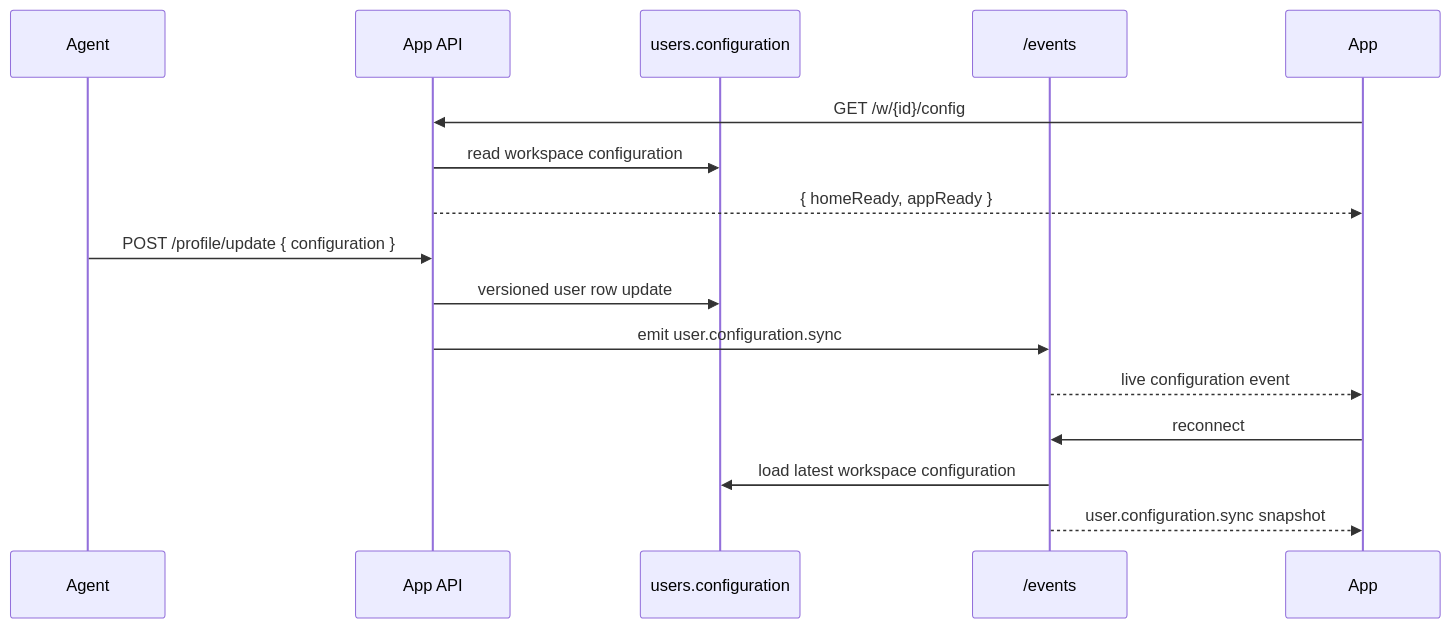
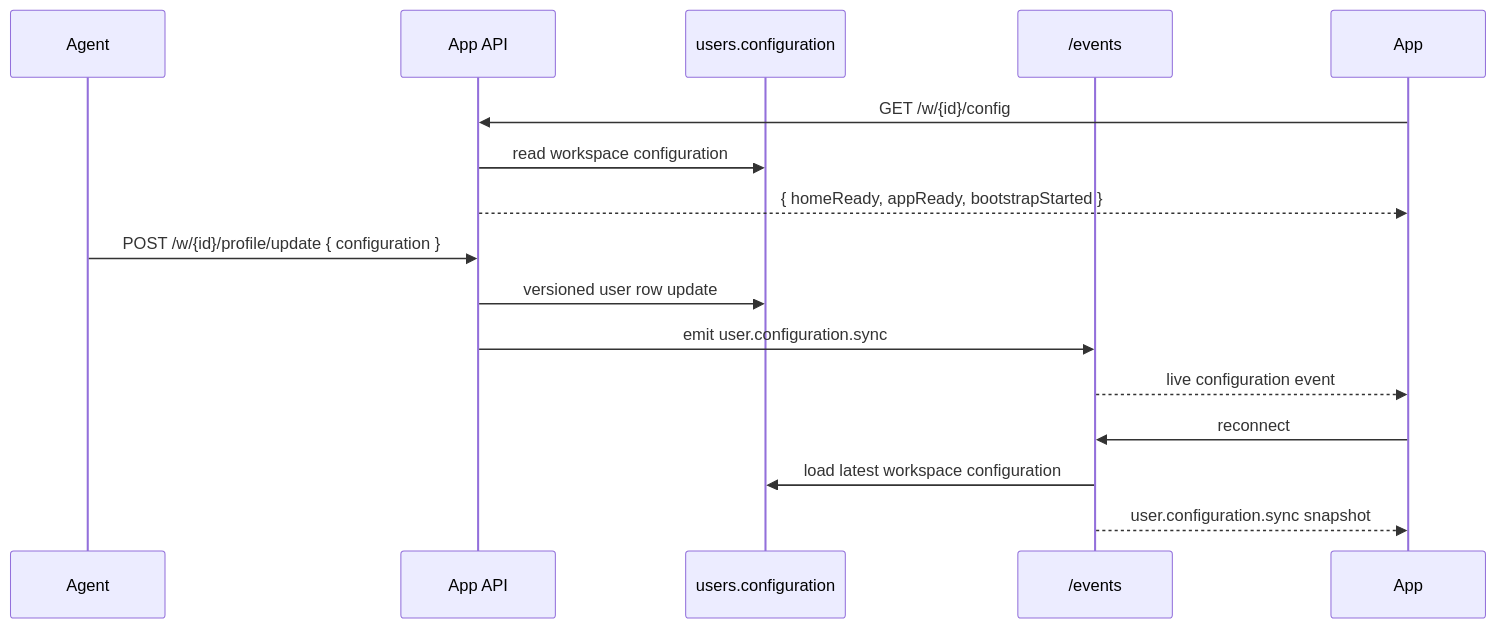
One commit to ex3ndr/daycare changed the diagram in packages/daycare/doc/USER_CONFIGURATION_FLAGS.md. Above: the diagram before and after it, drawn with Mermaid. The commit also changed other lines of this file and 5 other files, not shown here.

````diff
--- a/packages/daycare/doc/USER_CONFIGURATION_FLAGS.md
+++ b/packages/daycare/doc/USER_CONFIGURATION_FLAGS.md
@@ -32,20 +34,20 @@
 ```mermaid
 sequenceDiagram
     participant Agent
     participant API as App API
     participant DB as users.configuration
     participant SSE as /events
     participant App
 
     App->>API: GET /w/{id}/config
     API->>DB: read workspace configuration
-    API-->>App: { homeReady, appReady }
+    API-->>App: { homeReady, appReady, bootstrapStarted }
 
-    Agent->>API: POST /profile/update { configuration }
+    Agent->>API: POST /w/{id}/profile/update { configuration }
     API->>DB: versioned user row update
     API->>SSE: emit user.configuration.sync
     SSE-->>App: live configuration event
     App->>SSE: reconnect
     SSE->>DB: load latest workspace configuration
     SSE-->>App: user.configuration.sync snapshot
 ```
````
